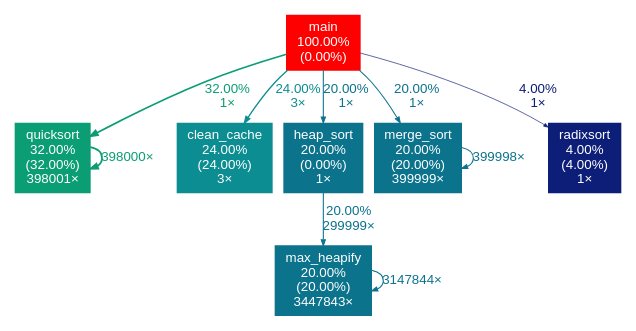
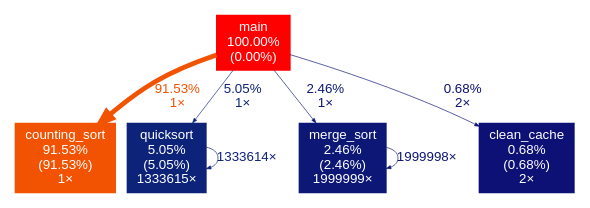
The diagram in Atividade2/saida_gprof.dot (FelipeMoleiro/MateriaCodigoOtimizado), drawn with Graphviz before and after one commit. The commit also changed 6 other files, not shown here.

```diff
--- a/Atividade2/saida_gprof.dot
+++ b/Atividade2/saida_gprof.dot
@@ -1,21 +1,16 @@
 digraph {
 	graph [fontname=Arial, nodesep=0.125, ranksep=0.25];
 	node [fontcolor=white, fontname=Arial, height=0, shape=box, style=filled, width=0];
 	edge [fontname=Arial];
 	1 [color="#ff0000", fontcolor="#ffffff", fontsize="10.00", label="main\n100.00%\n(0.00%)"];
-	1 -> 2 [arrowsize="0.57", color="#0b9d74", fontcolor="#0b9d74", fontsize="10.00", label="32.00%\n1×", labeldistance="1.28", penwidth="1.28"];
-	1 -> 3 [arrowsize="0.49", color="#0c8d92", fontcolor="#0c8d92", fontsize="10.00", label="24.00%\n3×", labeldistance="0.96", penwidth="0.96"];
-	1 -> 5 [arrowsize="0.45", color="#0c738d", fontcolor="#0c738d", fontsize="10.00", label="20.00%\n1×", labeldistance="0.80", penwidth="0.80"];
-	1 -> 6 [arrowsize="0.45", color="#0c738d", fontcolor="#0c738d", fontsize="10.00", label="20.00%\n1×", labeldistance="0.80", penwidth="0.80"];
-	1 -> 7 [arrowsize="0.35", color="#0d1e78", fontcolor="#0d1e78", fontsize="10.00", label="4.00%\n1×", labeldistance="0.50", penwidth="0.50"];
-	2 [color="#0b9d74", fontcolor="#ffffff", fontsize="10.00", label="quicksort\n32.00%\n(32.00%)\n398001×"];
-	2 -> 2 [arrowsize="0.57", color="#0b9d74", fontcolor="#0b9d74", fontsize="10.00", label="398000×", labeldistance="1.28", penwidth="1.28"];
-	3 [color="#0c8d92", fontcolor="#ffffff", fontsize="10.00", label="clean_cache\n24.00%\n(24.00%)\n3×"];
-	4 [color="#0c738d", fontcolor="#ffffff", fontsize="10.00", label="max_heapify\n20.00%\n(20.00%)\n3447843×"];
-	4 -> 4 [arrowsize="0.45", color="#0c738d", fontcolor="#0c738d", fontsize="10.00", label="3147844×", labeldistance="0.80", penwidth="0.80"];
-	5 [color="#0c738d", fontcolor="#ffffff", fontsize="10.00", label="heap_sort\n20.00%\n(0.00%)\n1×"];
-	5 -> 4 [arrowsize="0.45", color="#0c738d", fontcolor="#0c738d", fontsize="10.00", label="20.00%\n299999×", labeldistance="0.80", penwidth="0.80"];
-	6 [color="#0c738d", fontcolor="#ffffff", fontsize="10.00", label="merge_sort\n20.00%\n(20.00%)\n399999×"];
-	6 -> 6 [arrowsize="0.45", color="#0c738d", fontcolor="#0c738d", fontsize="10.00", label="399998×", labeldistance="0.80", penwidth="0.80"];
-	7 [color="#0d1e78", fontcolor="#ffffff", fontsize="10.00", label="radixsort\n4.00%\n(4.00%)\n1×"];
+	1 -> 2 [arrowsize="0.96", color="#f25302", fontcolor="#f25302", fontsize="10.00", label="91.53%\n1×", labeldistance="3.66", penwidth="3.66"];
+	1 -> 3 [arrowsize="0.35", color="#0d2379", fontcolor="#0d2379", fontsize="10.00", label="5.05%\n1×", labeldistance="0.50", penwidth="0.50"];
+	1 -> 4 [arrowsize="0.35", color="#0d1776", fontcolor="#0d1776", fontsize="10.00", label="2.46%\n1×", labeldistance="0.50", penwidth="0.50"];
+	1 -> 5 [arrowsize="0.35", color="#0d1074", fontcolor="#0d1074", fontsize="10.00", label="0.68%\n2×", labeldistance="0.50", penwidth="0.50"];
+	2 [color="#f25302", fontcolor="#ffffff", fontsize="10.00", label="counting_sort\n91.53%\n(91.53%)\n1×"];
+	3 [color="#0d2379", fontcolor="#ffffff", fontsize="10.00", label="quicksort\n5.05%\n(5.05%)\n1333615×"];
+	3 -> 3 [arrowsize="0.35", color="#0d2379", fontcolor="#0d2379", fontsize="10.00", label="1333614×", labeldistance="0.50", penwidth="0.50"];
+	4 [color="#0d1776", fontcolor="#ffffff", fontsize="10.00", label="merge_sort\n2.46%\n(2.46%)\n1999999×"];
+	4 -> 4 [arrowsize="0.35", color="#0d1776", fontcolor="#0d1776", fontsize="10.00", label="1999998×", labeldistance="0.50", penwidth="0.50"];
+	5 [color="#0d1074", fontcolor="#ffffff", fontsize="10.00", label="clean_cache\n0.68%\n(0.68%)\n2×"];
 }
```
